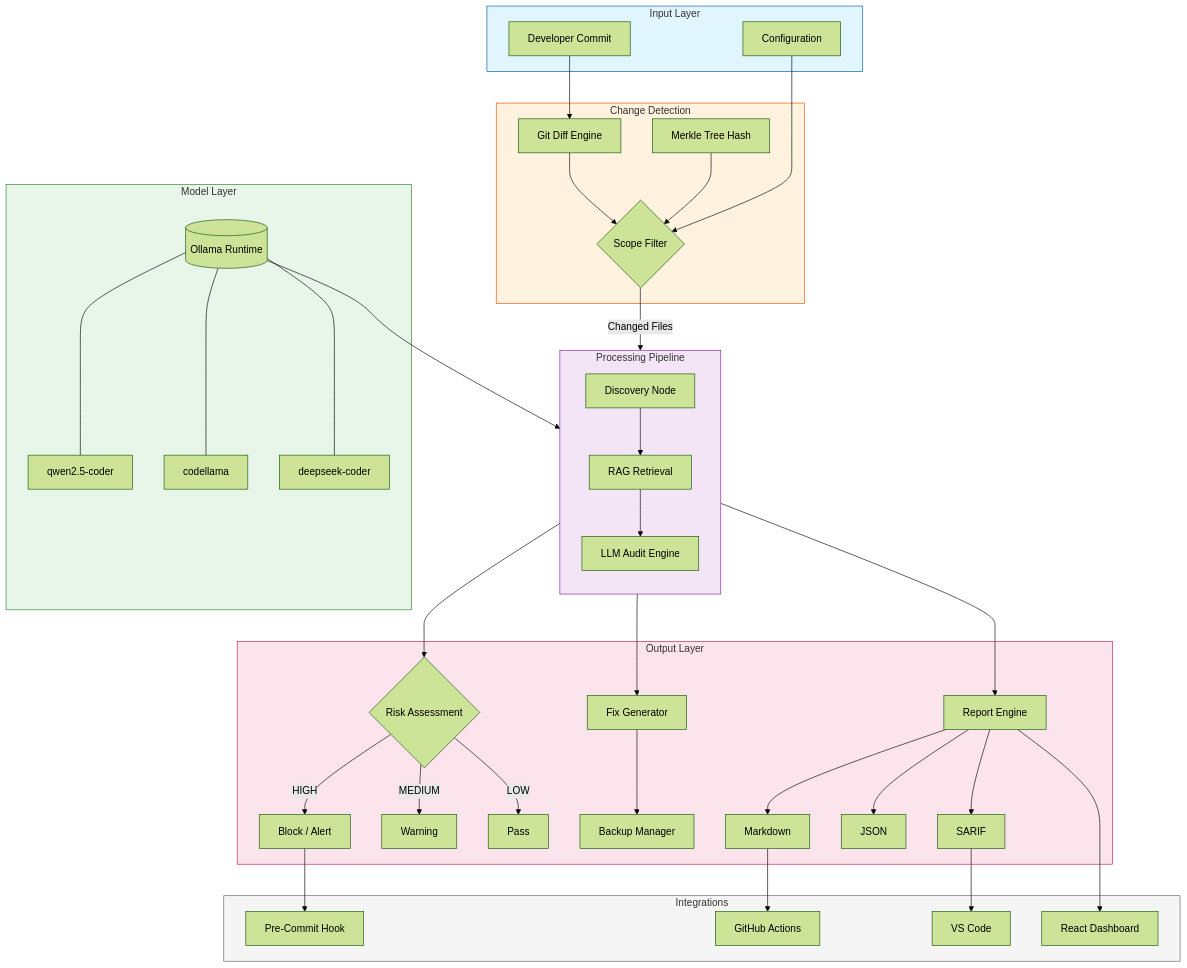
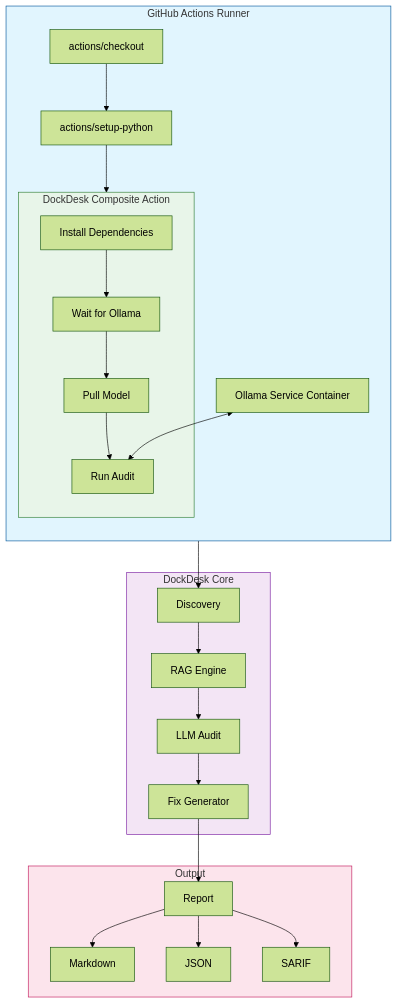
The diagram in README.md (actions-marketplace-validations/srivatsa-source_dockdesk), drawn with Mermaid (forest theme) before and after one commit. The commit also changed other lines of this file and 4 other files, not shown here.

````diff
--- a/README.md
+++ b/README.md
@@ -64,75 +65,43 @@
 ```mermaid
 flowchart TB
-    subgraph INPUT["Input Layer"]
-        COMMIT[Developer Commit]
-        CONFIG[Configuration]
+    subgraph GHA["GitHub Actions Runner"]
+        direction TB
+        CHECKOUT["actions/checkout"]
+        PYTHON["actions/setup-python"]
+        OLLAMA_SVC["Ollama Service Container"]
+        
+        subgraph DOCKDESK["DockDesk Composite Action"]
+            DEPS["Install Dependencies"]
+            WAIT["Wait for Ollama"]
+            PULL["Pull Model"]
+            AUDIT["Run Audit"]
+            DEPS --> WAIT --> PULL --> AUDIT
+        end
     end
 
-    subgraph DETECTION["Change Detection"]
-        GITDIFF[Git Diff Engine]
-        MERKLE[Merkle Tree Hash]
-        GITDIFF --> SCOPE{Scope Filter}
-        MERKLE --> SCOPE
+    subgraph CORE["DockDesk Core"]
+        DISCOVER["Discovery"]
+        RAG["RAG Engine"]
+        LLM["LLM Audit"]
+        FIXER["Fix Generator"]
+        DISCOVER --> RAG --> LLM --> FIXER
     end
 
-    subgraph PROCESSING["Processing Pipeline"]
-        direction TB
-        DISCOVER[Discovery Node]
-        RAG[RAG Retrieval]
-        AUDIT[LLM Audit Engine]
-        DISCOVER --> RAG
-        RAG --> AUDIT
+    subgraph OUTPUT["Output"]
+        REPORT["Report"]
+        MD["Markdown"]
+        JSON["JSON"]
+        SARIF["SARIF"]
+        REPORT --> MD & JSON & SARIF
     end
 
-    subgraph MODELS["Model Layer"]
-        OLLAMA[(Ollama Runtime)]
-        QWEN[qwen2.5-coder]
-        CODELLAMA[codellama]
-        DEEPSEEK[deepseek-coder]
-        OLLAMA --- QWEN
-        OLLAMA --- CODELLAMA
-        OLLAMA --- DEEPSEEK
-    end
+    CHECKOUT --> PYTHON --> DOCKDESK
+    OLLAMA_SVC <--> AUDIT
+    AUDIT --> DISCOVER
+    FIXER --> REPORT
 
-    subgraph OUTPUT["Output Layer"]
-        RISK{Risk Assessment}
-        FIX[Fix Generator]
-        REPORT[Report Engine]
-        
-        RISK -->|HIGH| BLOCK[Block / Alert]
-        RISK -->|MEDIUM| WARN[Warning]
-        RISK -->|LOW| PASS[Pass]
-        
-        FIX --> BACKUP[Backup Manager]
-        REPORT --> MD[Markdown]
-        REPORT --> JSON[JSON]
-        REPORT --> SARIF[SARIF]
-    end
-
-    subgraph INTEGRATIONS["Integrations"]
-        GHA[GitHub Actions]
-        VSCODE[VS Code]
-        DASHBOARD[React Dashboard]
-        PRECOMMIT[Pre-Commit Hook]
-    end
-
-    COMMIT --> GITDIFF
-    CONFIG --> SCOPE
-    SCOPE -->|Changed Files| DISCOVER
-    AUDIT --> RISK
-    AUDIT --> FIX
-    AUDIT --> REPORT
-    OLLAMA --> AUDIT
-
-    SARIF --> VSCODE
-    MD --> GHA
-    REPORT --> DASHBOARD
-    BLOCK --> PRECOMMIT
-
-    style INPUT fill:#e1f5fe,stroke:#01579b
-    style DETECTION fill:#fff3e0,stroke:#e65100
-    style PROCESSING fill:#f3e5f5,stroke:#7b1fa2
-    style MODELS fill:#e8f5e9,stroke:#2e7d32
+    style GHA fill:#e1f5fe,stroke:#01579b
+    style DOCKDESK fill:#e8f5e9,stroke:#2e7d32
+    style CORE fill:#f3e5f5,stroke:#7b1fa2
     style OUTPUT fill:#fce4ec,stroke:#c2185b
-    style INTEGRATIONS fill:#f5f5f5,stroke:#616161
 ```
````
